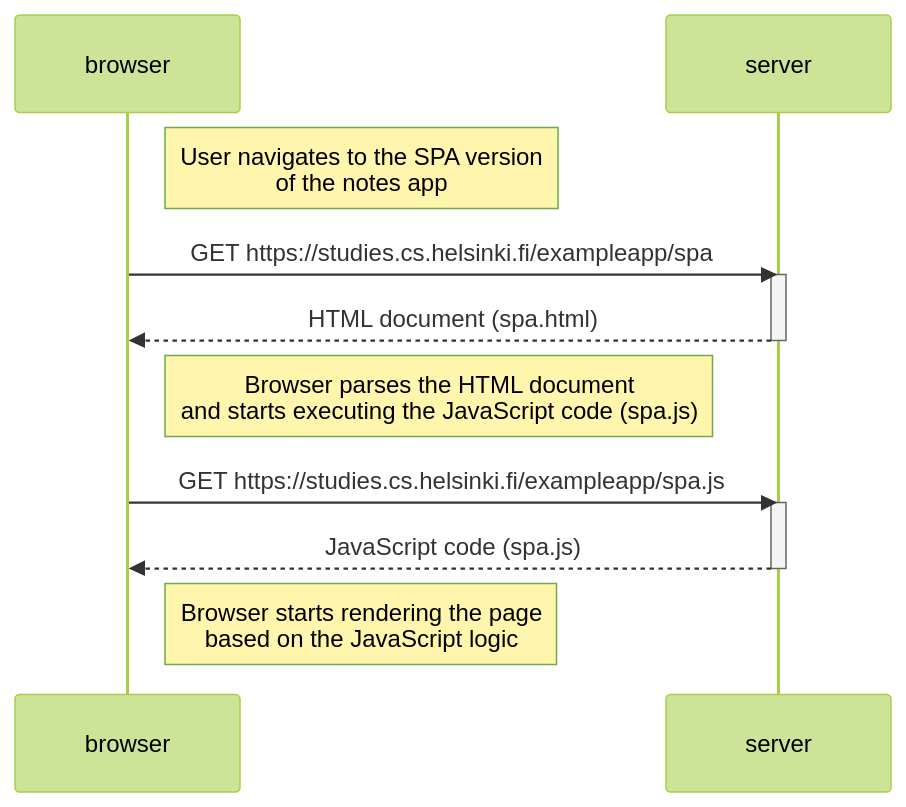
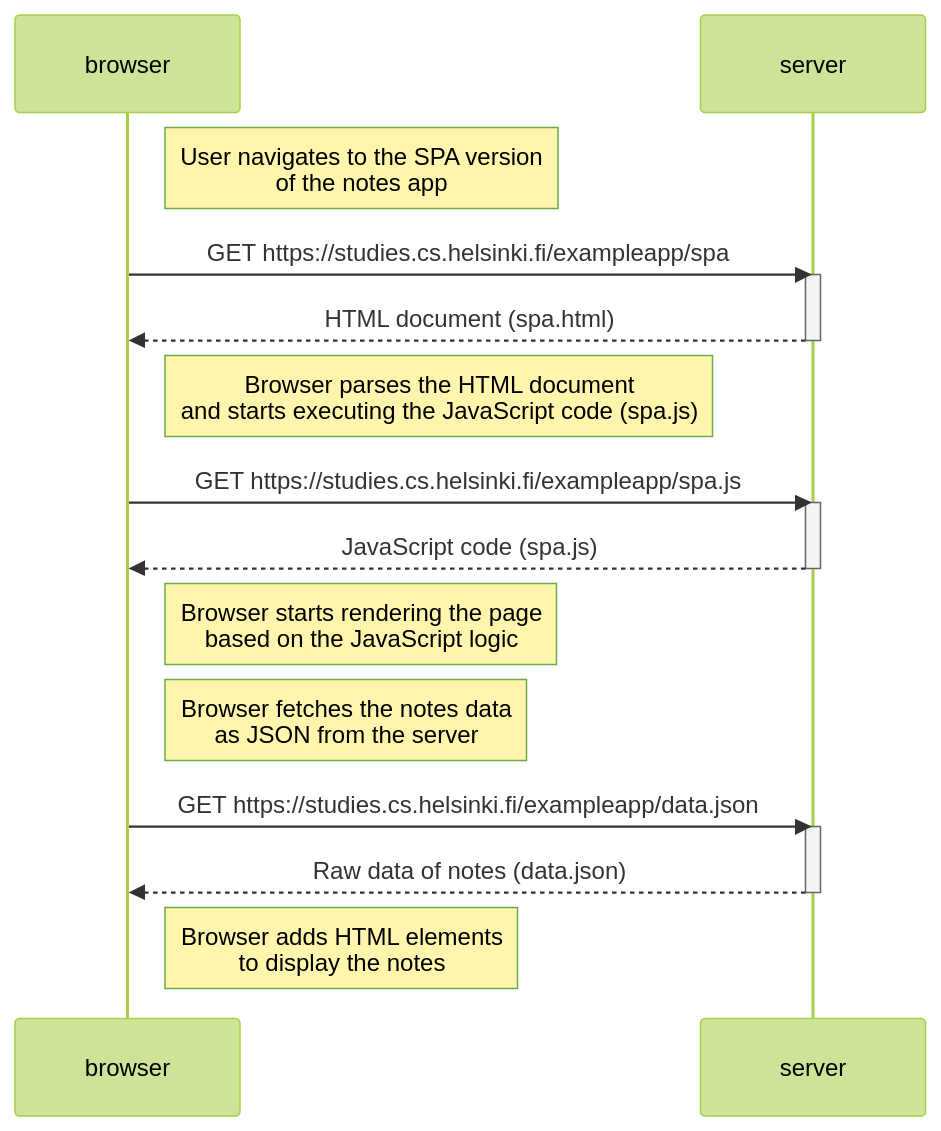
The diagram in part0/0.5-SinglePageAppDiagram.md (AndreeaCsecs/fullstackopen-exercises), drawn with Mermaid (forest theme) before and after one commit. The commit also changed other lines of this file, not shown here.

````diff
--- a/part0/0.5-SinglePageAppDiagram.md
+++ b/part0/0.5-SinglePageAppDiagram.md
@@ -3,23 +3,32 @@
 ```mermaid
 
 sequenceDiagram
     participant browser
     participant server
 
     Note right of browser: User navigates to the SPA version<br>of the notes app
 
     browser->>server: GET https://studies.cs.helsinki.fi/exampleapp/spa
     activate server
     server-->>browser: HTML document (spa.html)
     deactivate server
 
     Note right of browser: Browser parses the HTML document<br>and starts executing the JavaScript code (spa.js)
 
     browser->>server: GET https://studies.cs.helsinki.fi/exampleapp/spa.js
     activate server
     server-->>browser: JavaScript code (spa.js)
     deactivate server
 
     Note right of browser: Browser starts rendering the page<br>based on the JavaScript logic
 
+    Note right of browser: Browser fetches the notes data<br>as JSON from the server
+
+    browser->>server: GET https://studies.cs.helsinki.fi/exampleapp/data.json
+    activate server
+    server-->>browser: Raw data of notes (data.json)
+    deactivate server
+
+    Note right of browser: Browser adds HTML elements<br>to display the notes
+
 ```
````
